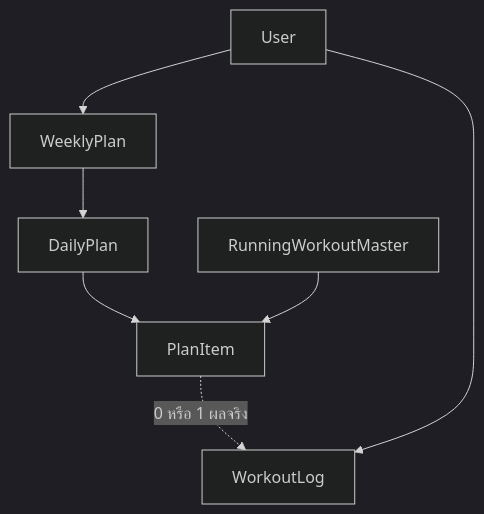
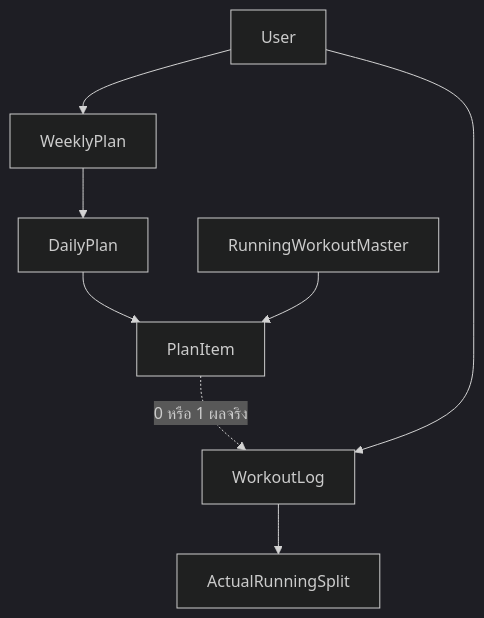
Before and after one commit to tzsoulcap/Runfolio: the first of 2 diagrams in Modern_Running_Journal_SPEC.md, drawn with Mermaid (dark theme). The commit also changed other lines of this file and 9 other files, not shown here.

````diff
--- a/Modern_Running_Journal_SPEC.md
+++ b/Modern_Running_Journal_SPEC.md
@@ -384,9 +392,10 @@
 ```mermaid
 flowchart TD
   U["User"] --> W["WeeklyPlan"]
   W --> D["DailyPlan"]
   D --> P["PlanItem"]
   M["RunningWorkoutMaster"] --> P
   P -. "0 หรือ 1 ผลจริง" .-> L["WorkoutLog"]
   U --> L
+  L --> S["ActualRunningSplit"]
 ```
````
